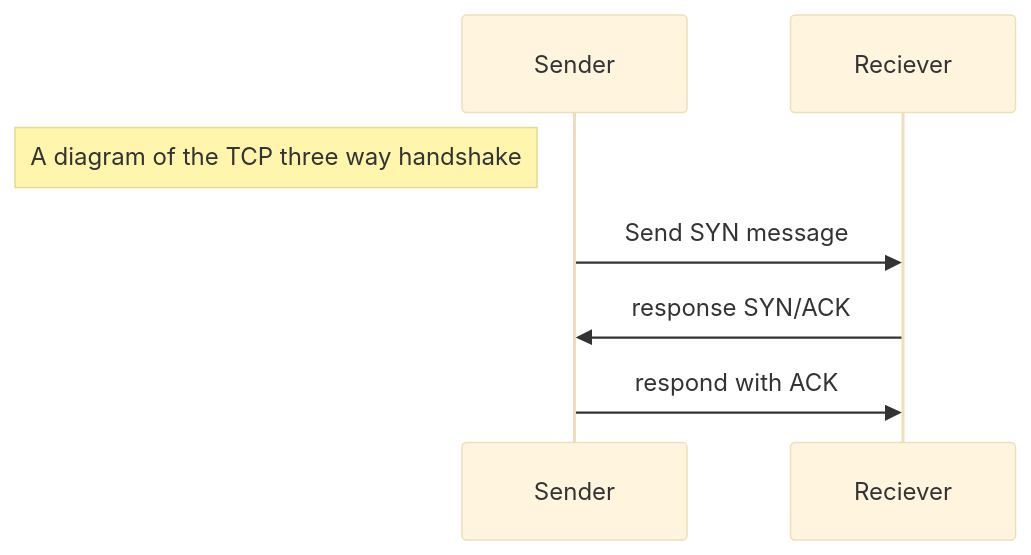
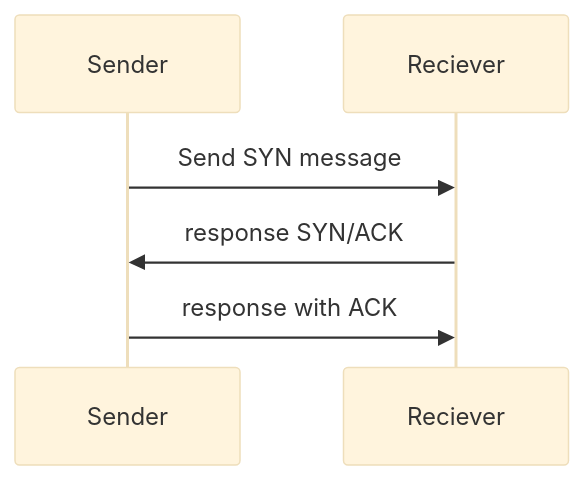
Before and after one commit to shawnlkelley/mermaid-test: the diagram in README.md, drawn with Mermaid (base theme).

````diff
--- a/README.md
+++ b/README.md
@@ -6,10 +6,9 @@
 ```mermaid
 sequenceDiagram
     participant Sender
     participant Reciever
-    Note left of Sender: A diagram of the TCP three way handshake
     Sender ->> Reciever: Send SYN message
     Reciever ->> Sender: response SYN/ACK
-    Sender ->> Reciever: respond with ACK
+    Sender ->> Reciever: response with ACK
 
 ```
````
